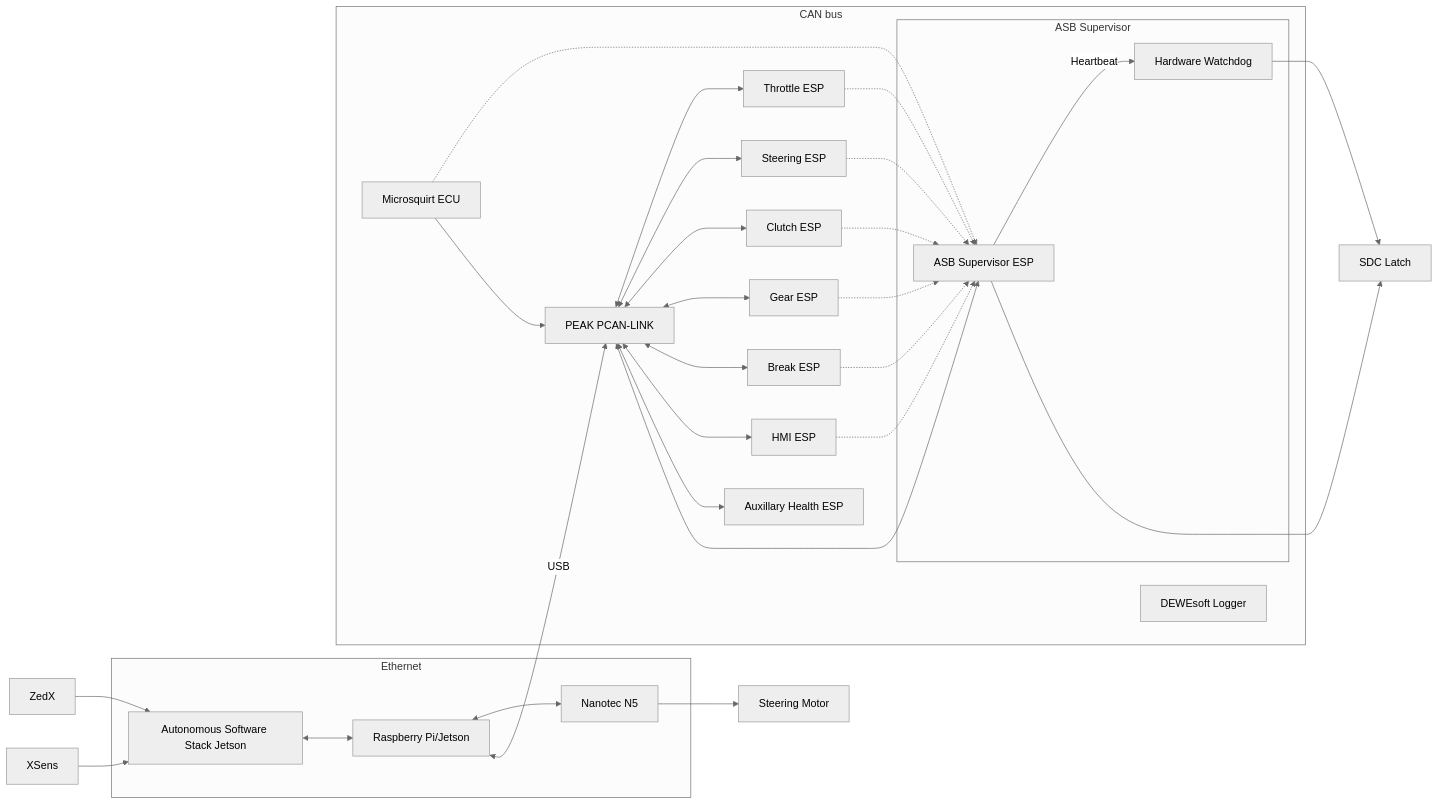
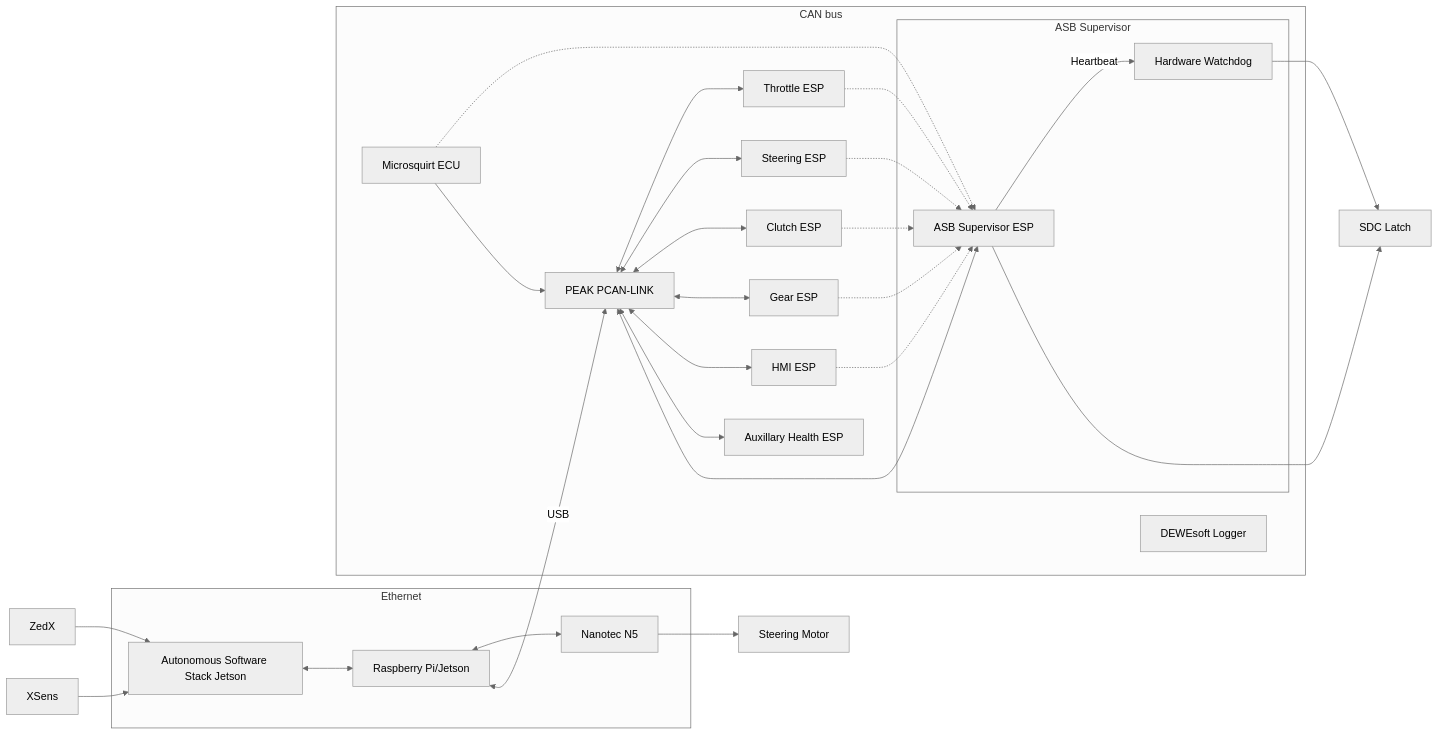
Before and after one commit to FT-Autonomous/ft_docs_2.0: the diagram in docs/ads/aiads_interface/overview.md, drawn with Mermaid (neutral theme).

Commit message:
fix: remove break ESP as anyways ASB supervisor manages that

````diff
--- a/docs/ads/aiads_interface/overview.md
+++ b/docs/ads/aiads_interface/overview.md
@@ -11,53 +11,50 @@
 ```mermaid
 graph LR
     subgraph Ethernet
         JT["Autonomous Software Stack Jetson"]
         PI["Raspberry Pi/Jetson"]
         NT["Nanotec N5"]
         JT <--> PI
         PI <--> NT
     end
     ZX["ZedX"]
     XS["XSens"]
     SM["Steering Motor"]
     ZX --> JT
     XS --> JT
     NT --> SM
     PI <-- USB --> PK
     subgraph CAN bus
         PK["PEAK PCAN-LINK"]
         TE["Throttle ESP"]
         SE["Steering ESP"]
         CE["Clutch ESP"]
         GE["Gear ESP"]
-        BE["Break ESP"]
         HE["HMI ESP"]
         AHE["Auxillary Health ESP"]
         DS["DEWEsoft Logger"]
         ME["Microsquirt ECU"]
         subgraph ASB Supervisor
             AS["ASB Supervisor ESP"]
             HW["Hardware Watchdog"]
             AS -- Heartbeat --> HW
         end
         TE .-> AS
         SE .-> AS
         CE .-> AS
         GE .-> AS
-        BE .-> AS
         HE .-> AS
         ME .-> AS
         PK <--> TE
         PK <--> SE
         PK <--> CE
         PK <--> GE
-        PK <--> BE
         PK <--> HE
         PK <--> AHE
         PK <--> AS
         ME --> PK
     end
     SDC["SDC Latch"]
     AS --> SDC
     HW --> SDC
 ```
````
